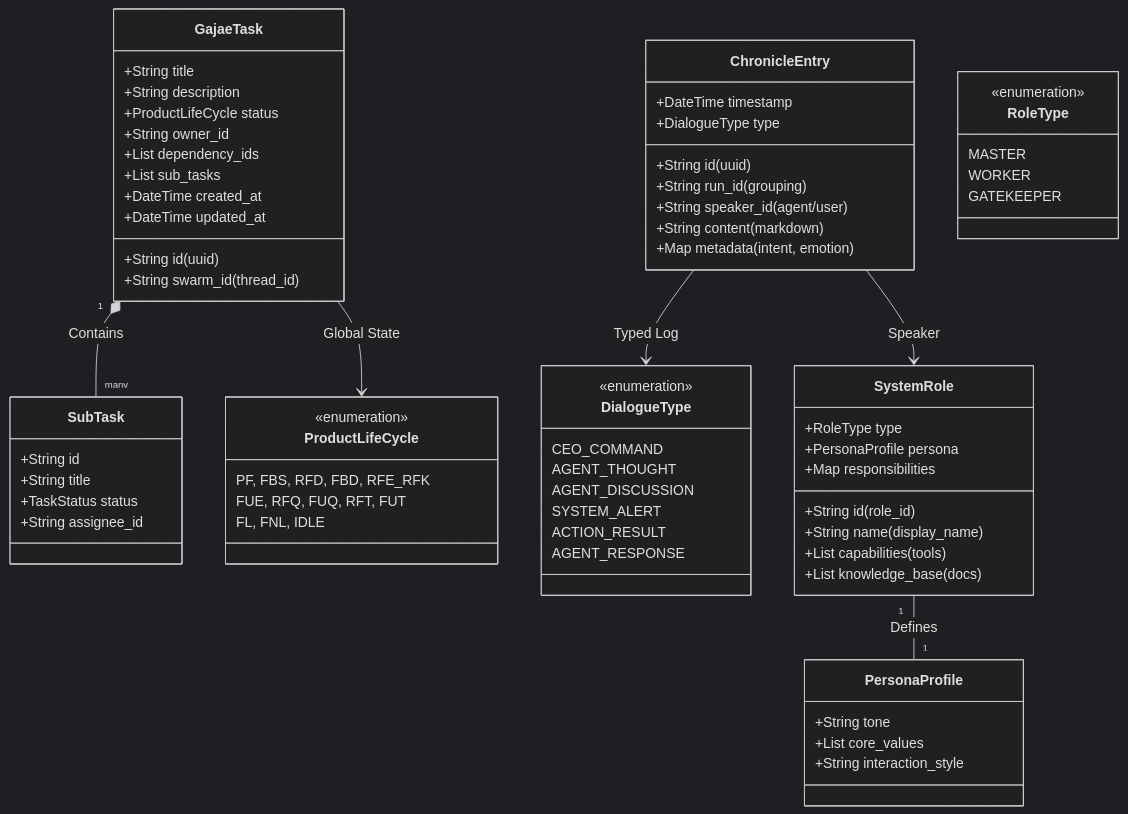
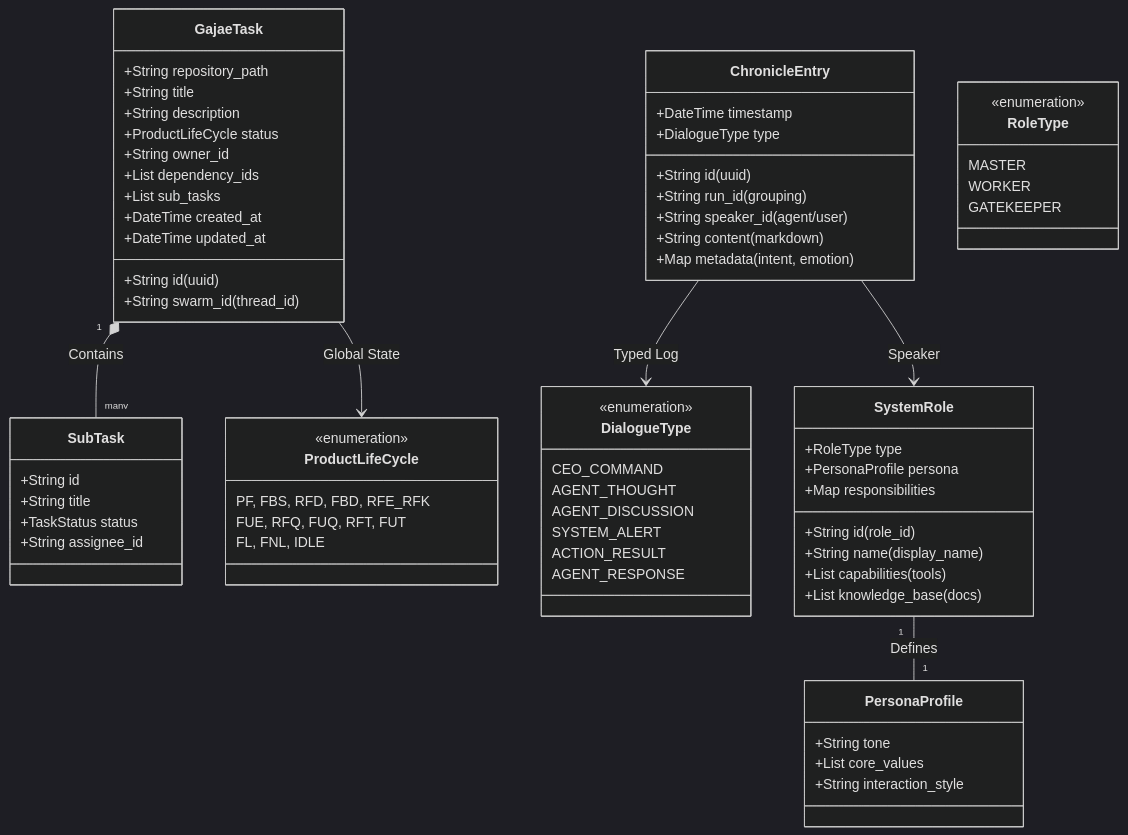
One commit to KyleL22/yuna-openclaw changed the second of 5 diagrams in docs/core/process/SYSTEM_DESIGN_V1_0.md. Above: the diagram before and after it, drawn with Mermaid (dark theme). The commit also changed other lines of this file, not shown here.

````diff
--- a/docs/core/process/SYSTEM_DESIGN_V1_0.md
+++ b/docs/core/process/SYSTEM_DESIGN_V1_0.md
@@ -54,81 +63,82 @@
 ```mermaid
 classDiagram
     %% Core Entities
     class SystemRole {
         +String id (role_id)
         +String name (display_name)
         +RoleType type
         +PersonaProfile persona
         +Map responsibilities
         +List capabilities (tools)
         +List knowledge_base (docs)
     }
 
     class PersonaProfile {
         +String tone
         +List core_values
         +String interaction_style
     }
 
     class GajaeTask {
         +String id (uuid)
         +String swarm_id (thread_id)
+        +String repository_path
         +String title
         +String description
         +ProductLifeCycle status
         +String owner_id
         +List dependency_ids
         +List sub_tasks
         +DateTime created_at
         +DateTime updated_at
     }
 
     class SubTask {
         +String id
         +String title
         +TaskStatus status
         +String assignee_id
     }
 
     class ChronicleEntry {
         +String id (uuid)
         +String run_id (grouping)
         +DateTime timestamp
         +String speaker_id (agent/user)
         +DialogueType type
         +String content (markdown)
         +Map metadata (intent, emotion)
     }
 
     %% Enums
     class ProductLifeCycle {
         <<enumeration>>
         PF, FBS, RFD, FBD, RFE_RFK
         FUE, RFQ, FUQ, RFT, FUT
         FL, FNL, IDLE
     }
 
     class DialogueType {
         <<enumeration>>
         CEO_COMMAND
         AGENT_THOUGHT
         AGENT_DISCUSSION
         SYSTEM_ALERT
         ACTION_RESULT
         AGENT_RESPONSE
     }
 
     class RoleType {
         <<enumeration>>
         MASTER
         WORKER
         GATEKEEPER
     }
 
     %% Relationships
     SystemRole "1" -- "1" PersonaProfile : Defines
     GajaeTask "1" *-- "many" SubTask : Contains
     GajaeTask --> ProductLifeCycle : Global State
     ChronicleEntry --> DialogueType : Typed Log
     ChronicleEntry --> SystemRole : Speaker
 ```
````
